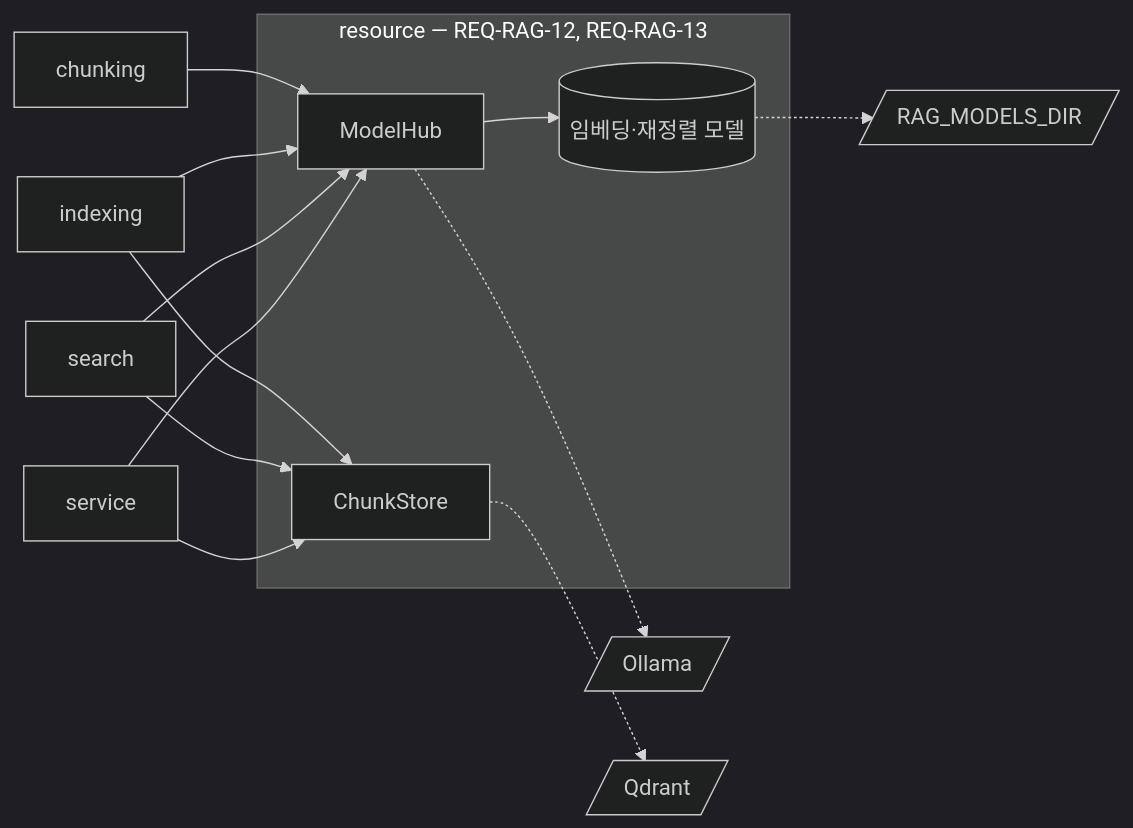
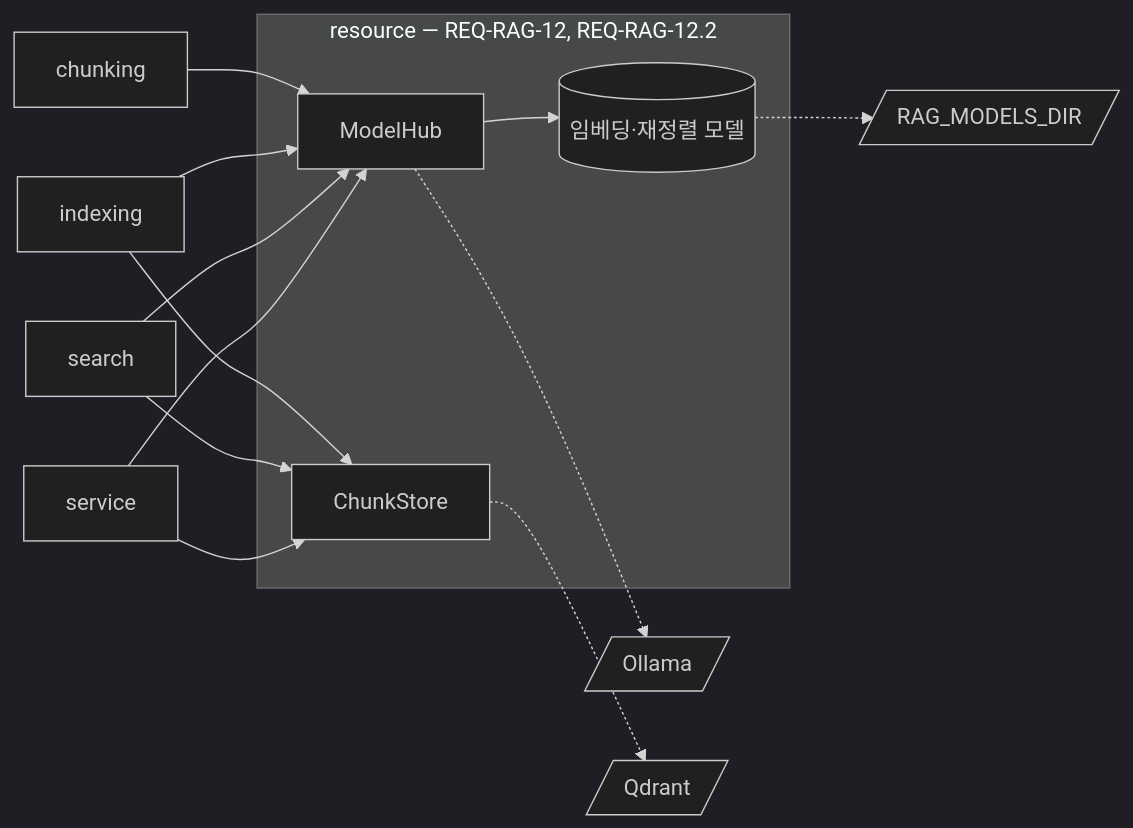
One commit to victor7-aquila/minerva changed the diagram in apps/rag-server/src/minerva_rag/resource/MODULE.md. Above: the diagram before and after it, drawn with Mermaid (dark theme). The commit also changed other lines of this file and 10 other files, not shown here.

First line of the commit message:
docs: RAG Server 하위 문서를 REQ REV-2 번호로 맞추고 PR 리뷰 지적 반영

````diff
--- a/apps/rag-server/src/minerva_rag/resource/MODULE.md
+++ b/apps/rag-server/src/minerva_rag/resource/MODULE.md
@@ -51,19 +51,19 @@
 ```mermaid
 flowchart LR
     Chunking["chunking"] --> Hub
     Indexing["indexing"] --> Hub
     Indexing --> Store
     Search["search"] --> Hub
     Search --> Store
     Service["service"] --> Hub
     Service --> Store
-    subgraph Boundary["resource — REQ-RAG-12, REQ-RAG-13"]
+    subgraph Boundary["resource — REQ-RAG-12, REQ-RAG-12.2"]
         Hub["ModelHub"]
         Store["ChunkStore"]
         Local[("임베딩·재정렬 모델")]
     end
     Hub --> Local
     Hub -.-> Ollama[/"Ollama"/]
     Local -.-> Files[/"RAG_MODELS_DIR"/]
     Store -.-> Qdrant[/"Qdrant"/]
 ```
````
